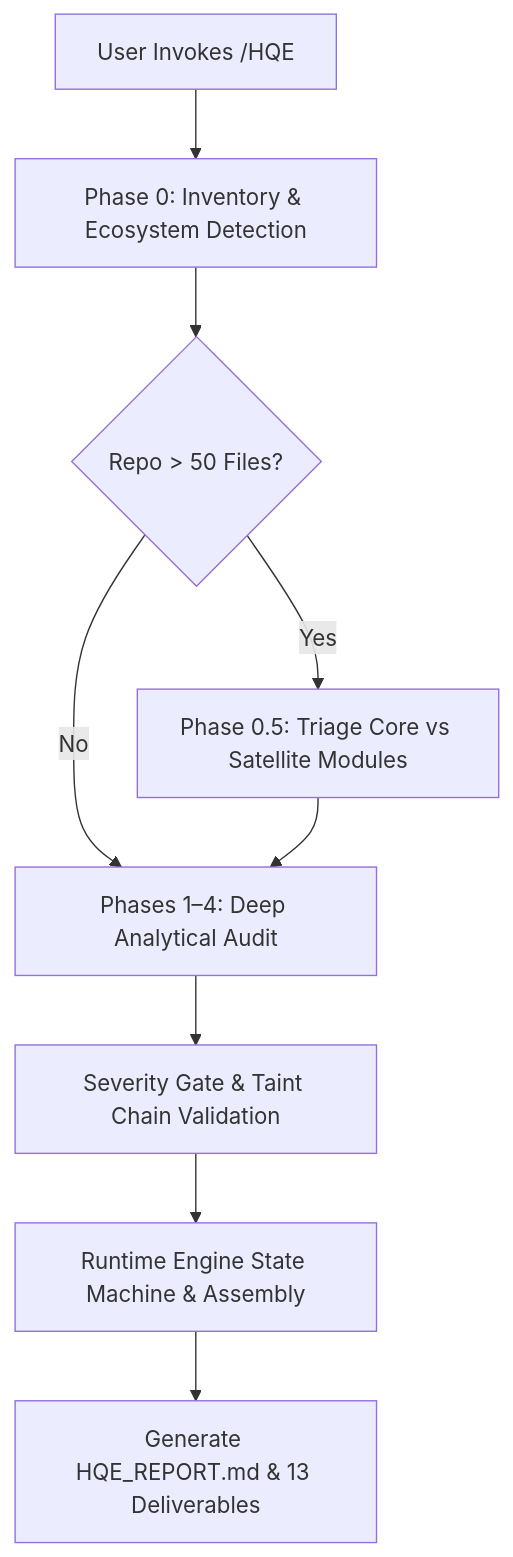
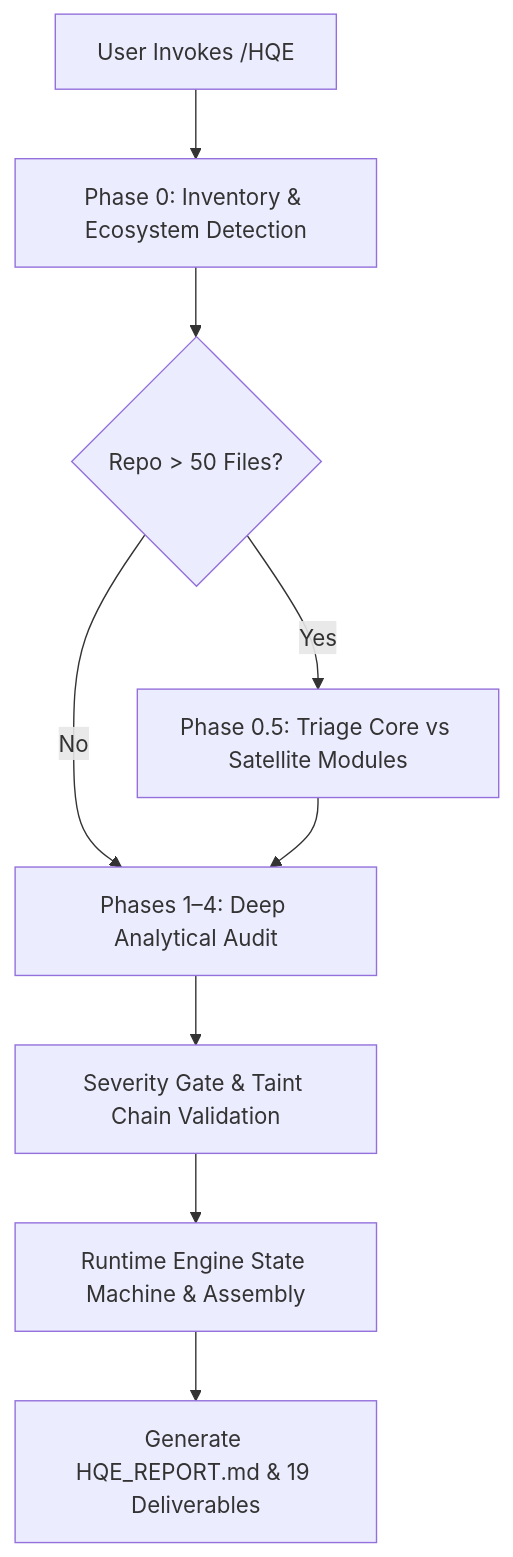
The diagram in README.md (spearchucker667/Skill-HQE), drawn with Mermaid before and after one commit. The commit also changed other lines of this file and 26 other files, not shown here.

````diff
--- a/README.md
+++ b/README.md
@@ -86,11 +86,11 @@
 ```mermaid
 flowchart TD
     Start[User Invokes /HQE] --> Preflight[Phase 0: Inventory & Ecosystem Detection]
     Preflight --> Triage{Repo > 50 Files?}
     Triage -- Yes --> P05[Phase 0.5: Triage Core vs Satellite Modules]
     Triage -- No --> Deep[Phases 1–4: Deep Analytical Audit]
     P05 --> Deep
     Deep --> Gate[Severity Gate & Taint Chain Validation]
     Gate --> Runtime[Runtime Engine State Machine & Assembly]
-    Runtime --> Output[Generate HQE_REPORT.md & 13 Deliverables]
+    Runtime --> Output[Generate HQE_REPORT.md & 19 Deliverables]
 ```
````
